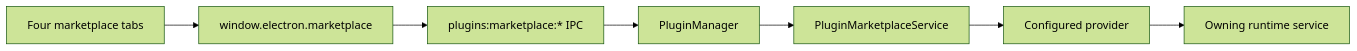
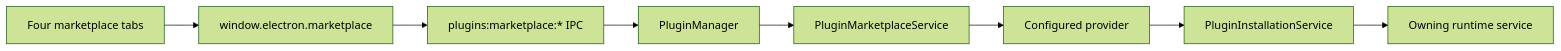
The diagram in docs/architecture/16-skill-marketplace-adapter.md (liangxhao/JustDo), drawn with Mermaid (forest theme) before and after one commit. The commit also changed other lines of this file and 19 other files, not shown here.

Commit message:
refactor(plugins): unify plugin installation flows

````diff
--- a/docs/architecture/16-skill-marketplace-adapter.md
+++ b/docs/architecture/16-skill-marketplace-adapter.md
@@ -18,9 +19,10 @@
 ```mermaid
 flowchart LR
   UI["Four marketplace tabs"] --> Preload["window.electron.marketplace"]
   Preload --> IPC["plugins:marketplace:* IPC"]
   IPC --> Manager["PluginManager"]
   Manager --> Market["PluginMarketplaceService"]
   Market --> Provider["Configured provider"]
-  Provider --> Runtime["Owning runtime service"]
+  Provider --> Install["PluginInstallationService"]
+  Install --> Runtime["Owning runtime service"]
 ```
````
